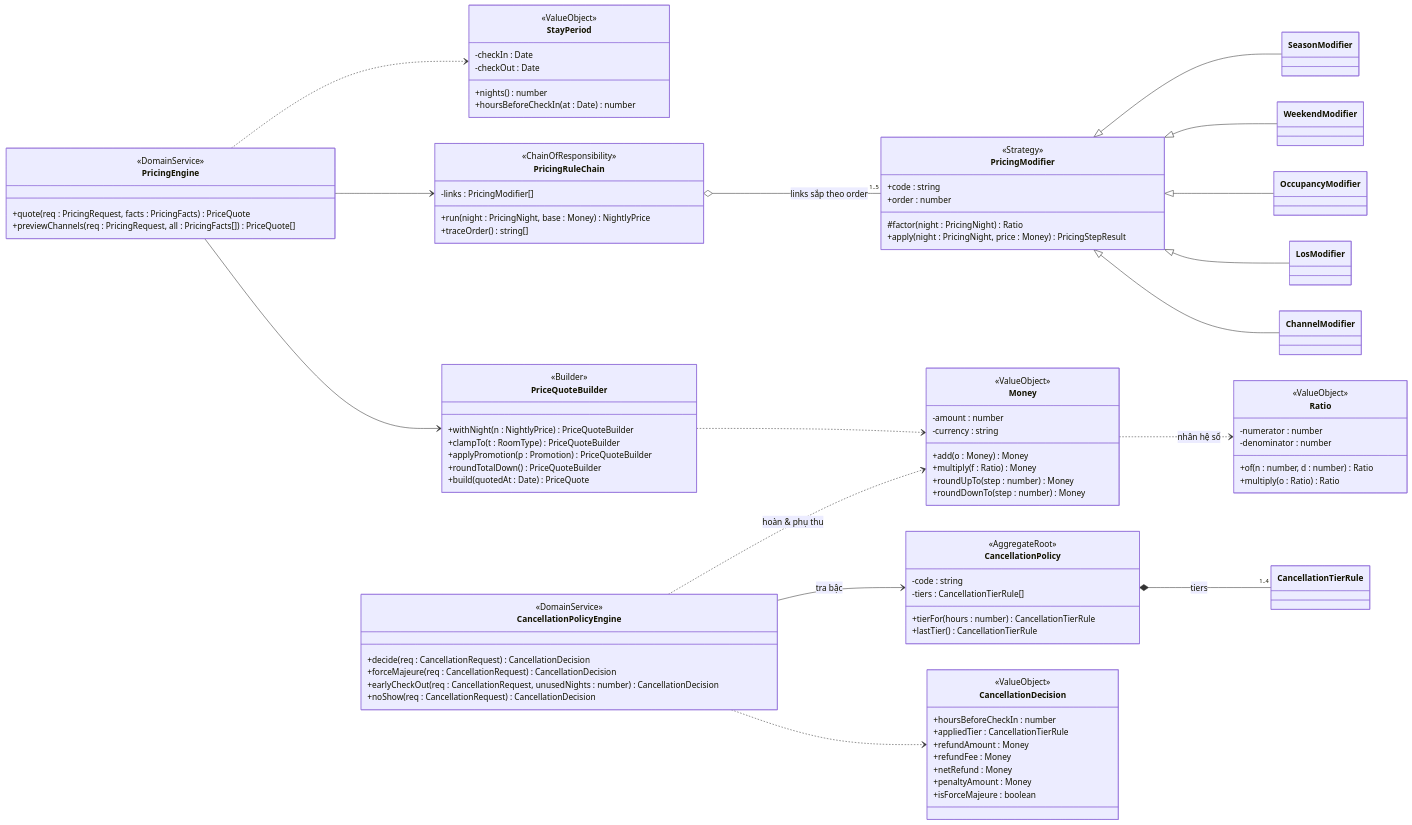
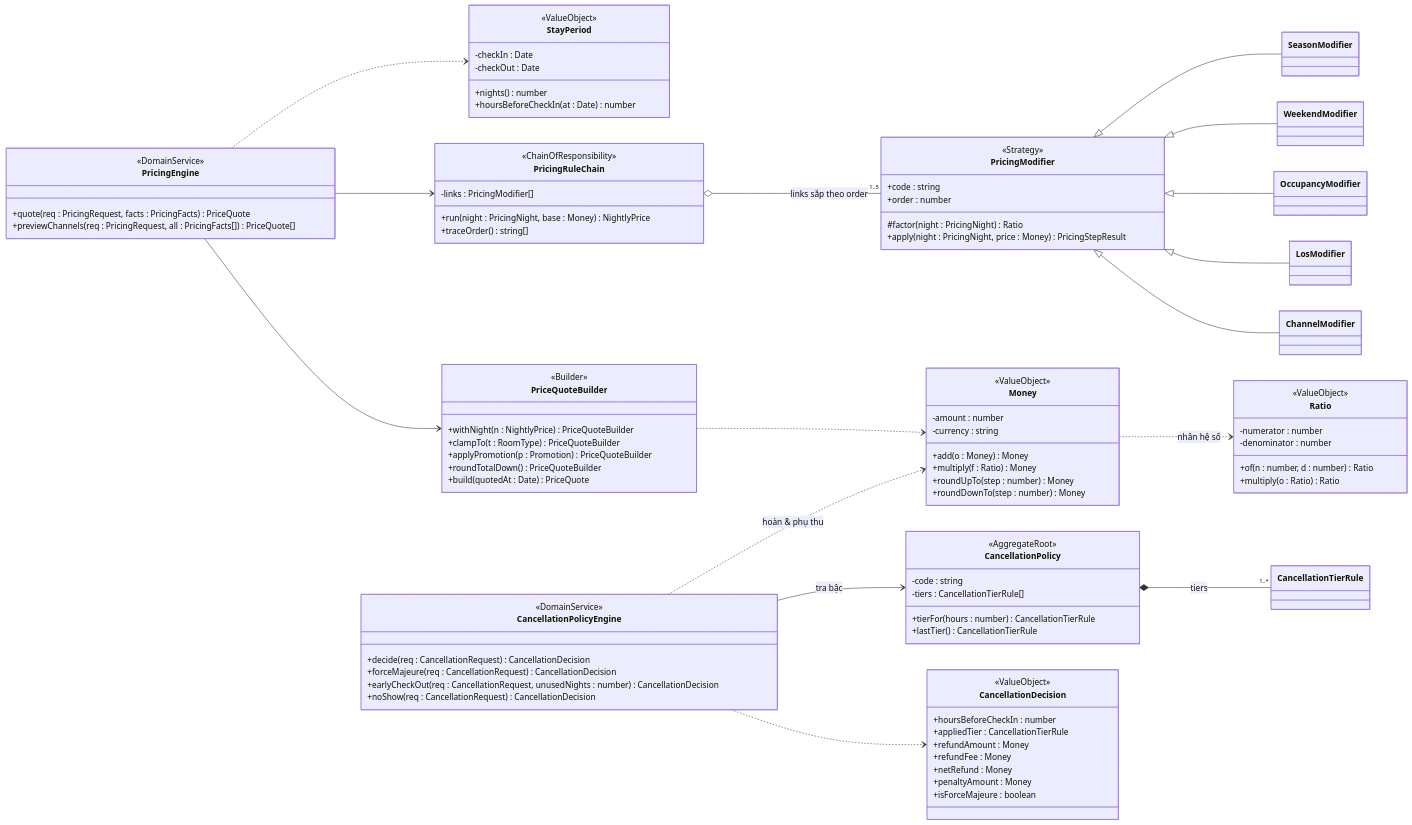
Before and after one commit to minhtuluc/HotelBuild: the first of 9 diagrams in docs/04-thiet-ke/thiet-ke-lop.md, drawn with Mermaid. The commit also changed 36 other files, not shown here.

````diff
--- a/docs/04-thiet-ke/thiet-ke-lop.md
+++ b/docs/04-thiet-ke/thiet-ke-lop.md
@@ -130,7 +130,7 @@
     Money ..> Ratio : nhân hệ số
     PricingEngine ..> StayPeriod
     CancellationPolicyEngine --> CancellationPolicy : tra bậc
-    CancellationPolicy *-- "1..4" CancellationTierRule : tiers
+    CancellationPolicy *-- "1..*" CancellationTierRule : tiers
     CancellationPolicyEngine ..> CancellationDecision
     CancellationPolicyEngine ..> Money : hoàn & phụ thu
 ```
````
